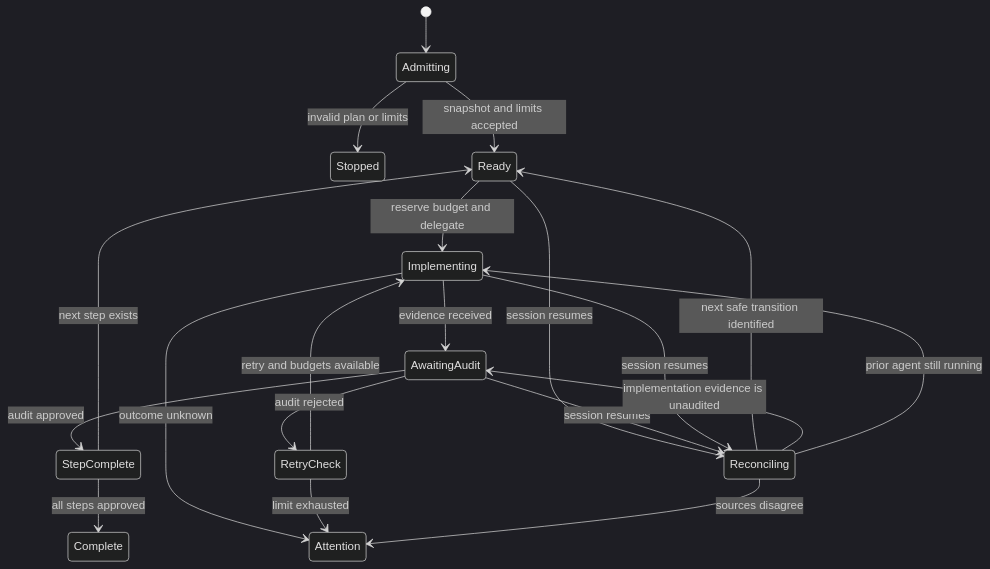
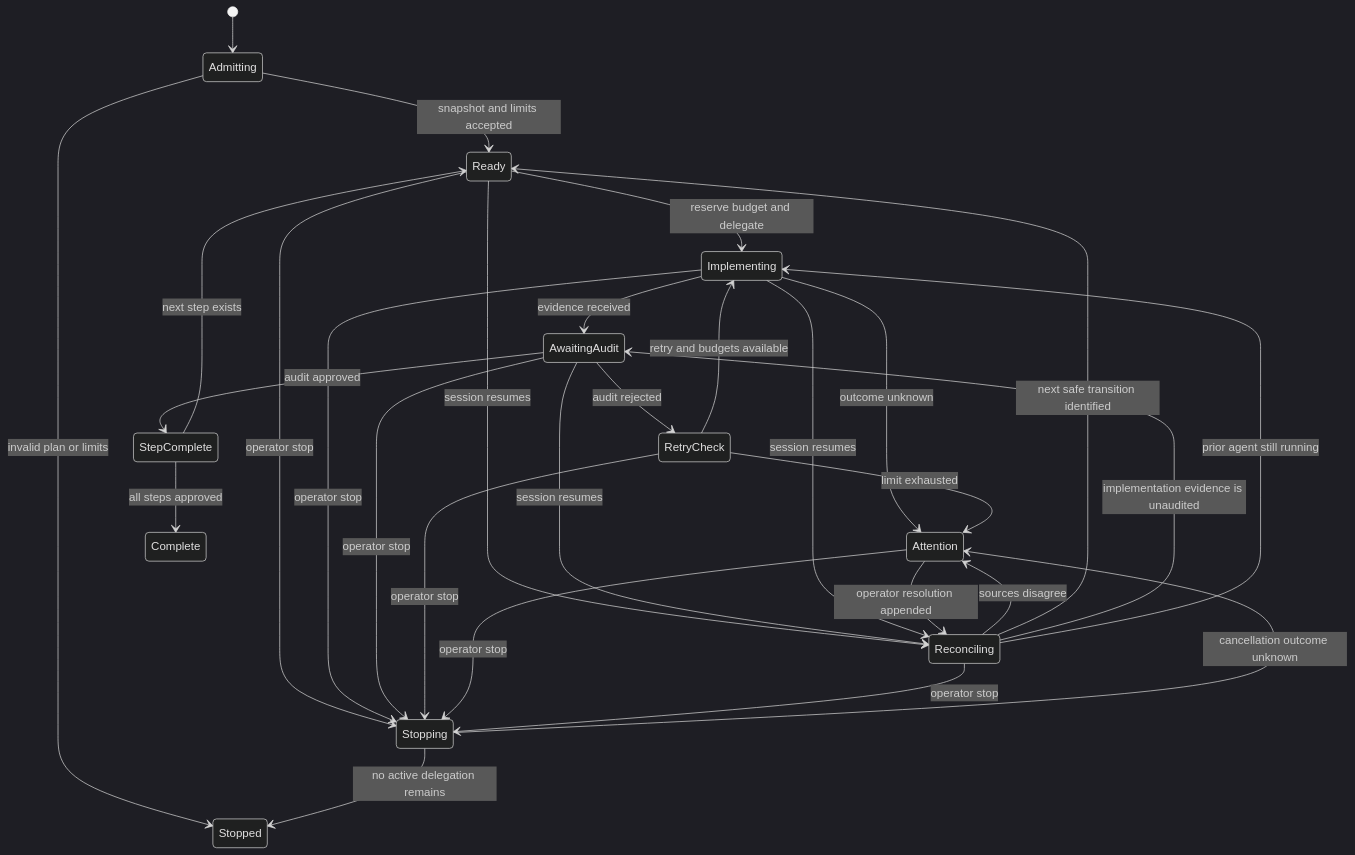
One commit to ryannmicua/heypogi changed the first of 2 diagrams in docs/plans/2026-07-28-001-feat-paseo-plan-execution-supervisor-plan.md. Above: the diagram before and after it, drawn with Mermaid (dark theme). The commit also changed other lines of this file, not shown here.

Commit message:
docs: deepen paseo plan with provider and audit policy

````diff
--- a/docs/plans/2026-07-28-001-feat-paseo-plan-execution-supervisor-plan.md
+++ b/docs/plans/2026-07-28-001-feat-paseo-plan-execution-supervisor-plan.md
@@ -121,22 +137,31 @@
 ```mermaid
 stateDiagram-v2
   [*] --> Admitting
   Admitting --> Stopped: invalid plan or limits
   Admitting --> Ready: snapshot and limits accepted
   Ready --> Implementing: reserve budget and delegate
   Implementing --> AwaitingAudit: evidence received
   Implementing --> Attention: outcome unknown
   AwaitingAudit --> StepComplete: audit approved
   AwaitingAudit --> RetryCheck: audit rejected
   RetryCheck --> Implementing: retry and budgets available
   RetryCheck --> Attention: limit exhausted
   StepComplete --> Ready: next step exists
   StepComplete --> Complete: all steps approved
   Ready --> Reconciling: session resumes
   AwaitingAudit --> Reconciling: session resumes
   Implementing --> Reconciling: session resumes
   Reconciling --> Attention: sources disagree
+  Attention --> Reconciling: operator resolution appended
   Reconciling --> Ready: next safe transition identified
   Reconciling --> AwaitingAudit: implementation evidence is unaudited
   Reconciling --> Implementing: prior agent still running
+  Ready --> Stopping: operator stop
+  Implementing --> Stopping: operator stop
+  AwaitingAudit --> Stopping: operator stop
+  RetryCheck --> Stopping: operator stop
+  Attention --> Stopping: operator stop
+  Reconciling --> Stopping: operator stop
+  Stopping --> Attention: cancellation outcome unknown
+  Stopping --> Stopped: no active delegation remains
 ```
````
